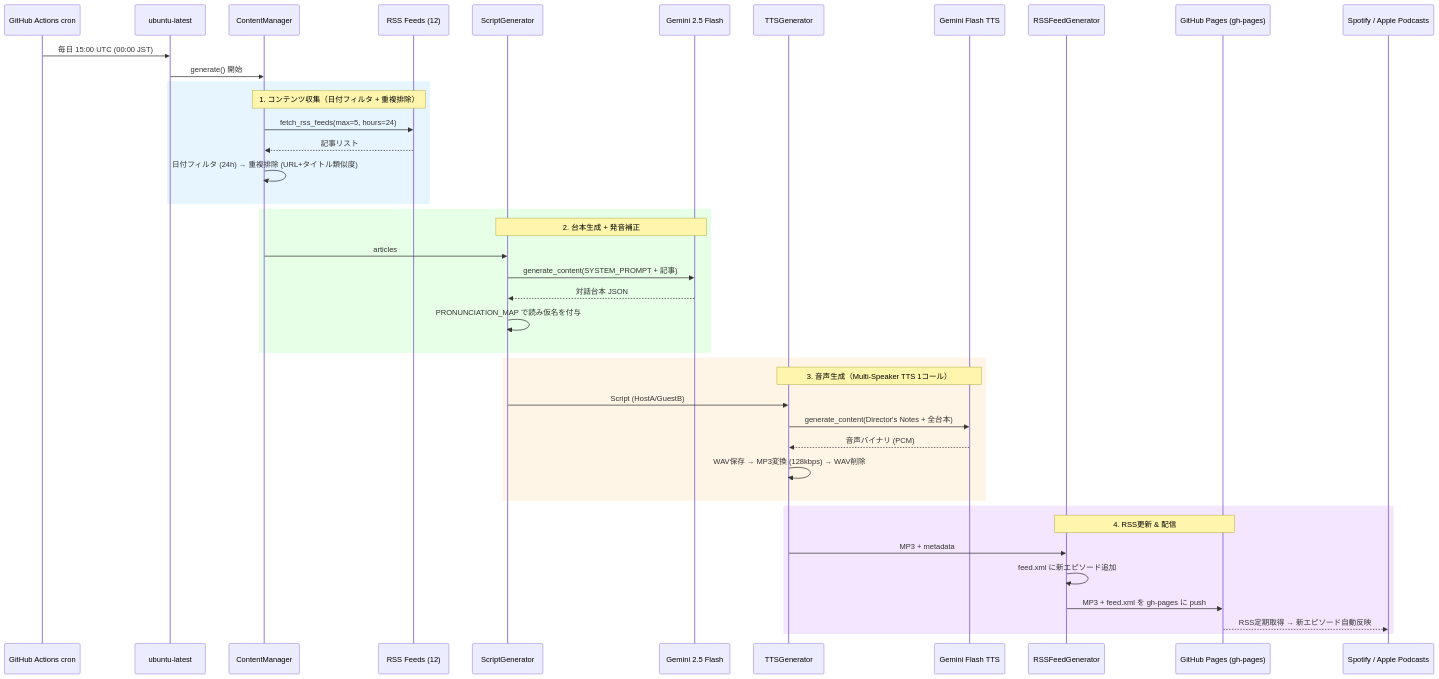
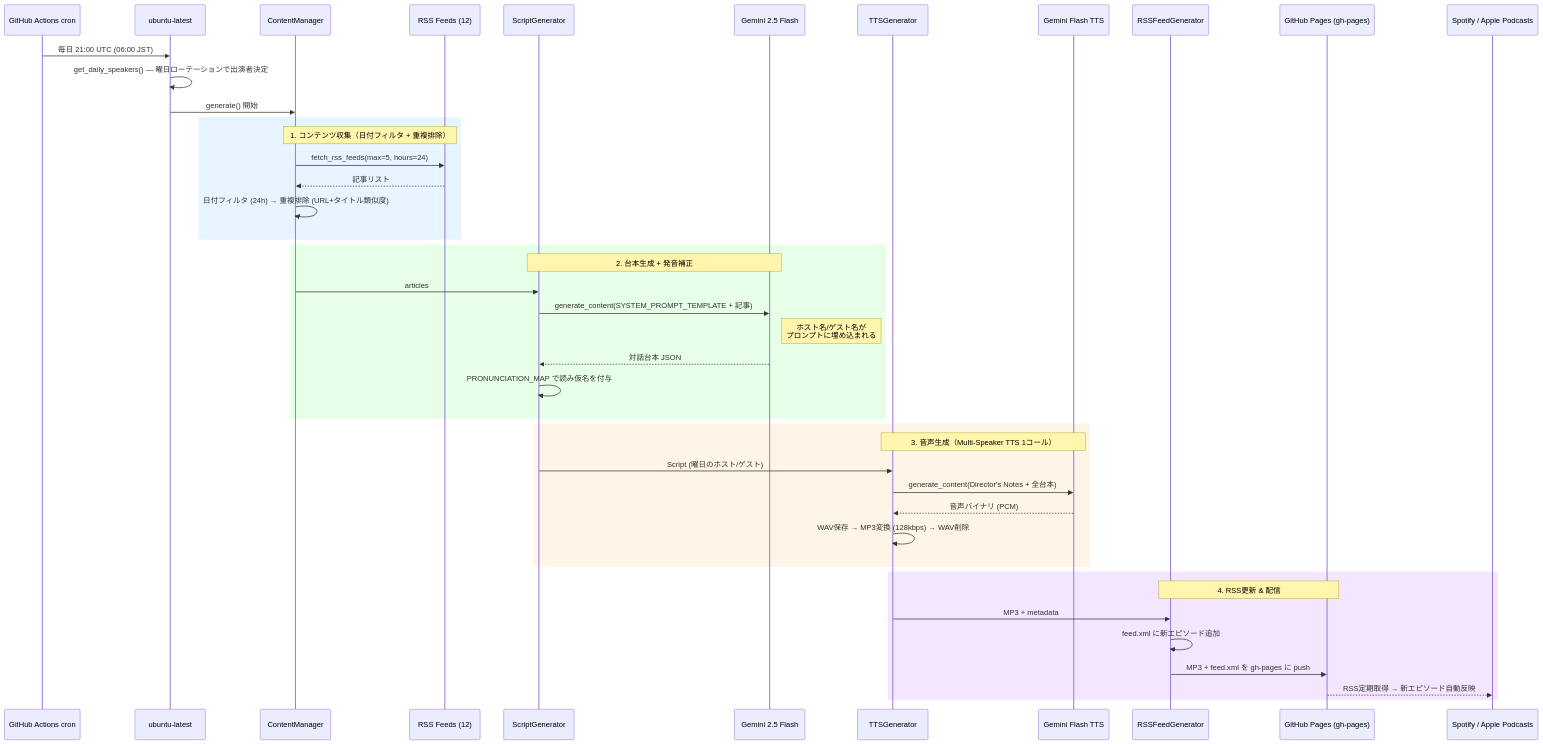
The third of 4 diagrams in docs/HLD.md (necoha/auto-podcast), drawn with Mermaid before and after one commit. The commit also changed other lines of this file and 3 other files, not shown here.

````diff
--- a/docs/HLD.md
+++ b/docs/HLD.md
@@ -101,48 +107,50 @@
 ```mermaid
 sequenceDiagram
     participant Cron as GitHub Actions cron
     participant Runner as ubuntu-latest
     participant CM as ContentManager
     participant RSS as RSS Feeds (12)
     participant SG as ScriptGenerator
     participant Gemini as Gemini 2.5 Flash
     participant TTS as TTSGenerator
     participant GTTS as Gemini Flash TTS
     participant RGEN as RSSFeedGenerator
     participant GHP as GitHub Pages (gh-pages)
     participant Spotify as Spotify / Apple Podcasts
 
-    Cron->>Runner: 毎日 15:00 UTC (00:00 JST)
+    Cron->>Runner: 毎日 21:00 UTC (06:00 JST)
+    Runner->>Runner: get_daily_speakers() — 曜日ローテーションで出演者決定
     Runner->>CM: generate() 開始
 
     rect rgb(230, 245, 255)
         Note over CM,RSS: 1. コンテンツ収集（日付フィルタ + 重複排除）
         CM->>RSS: fetch_rss_feeds(max=5, hours=24)
         RSS-->>CM: 記事リスト
         CM->>CM: 日付フィルタ (24h) → 重複排除 (URL+タイトル類似度)
     end
 
     rect rgb(230, 255, 230)
         Note over SG,Gemini: 2. 台本生成 + 発音補正
         CM->>SG: articles
-        SG->>Gemini: generate_content(SYSTEM_PROMPT + 記事)
+        SG->>Gemini: generate_content(SYSTEM_PROMPT_TEMPLATE + 記事)
+        Note right of Gemini: ホスト名/ゲスト名が<br/>プロンプトに埋め込まれる
         Gemini-->>SG: 対話台本 JSON
         SG->>SG: PRONUNCIATION_MAP で読み仮名を付与
     end
 
     rect rgb(255, 245, 230)
         Note over TTS,GTTS: 3. 音声生成（Multi-Speaker TTS 1コール）
-        SG->>TTS: Script (HostA/GuestB)
+        SG->>TTS: Script (曜日のホスト/ゲスト)
         TTS->>GTTS: generate_content(Director's Notes + 全台本)
         GTTS-->>TTS: 音声バイナリ (PCM)
         TTS->>TTS: WAV保存 → MP3変換 (128kbps) → WAV削除
     end
 
     rect rgb(245, 230, 255)
         Note over RGEN,GHP: 4. RSS更新 & 配信
         TTS->>RGEN: MP3 + metadata
         RGEN->>RGEN: feed.xml に新エピソード追加
         RGEN->>GHP: MP3 + feed.xml を gh-pages に push
         GHP-->>Spotify: RSS定期取得 → 新エピソード自動反映
     end
 ```
````
